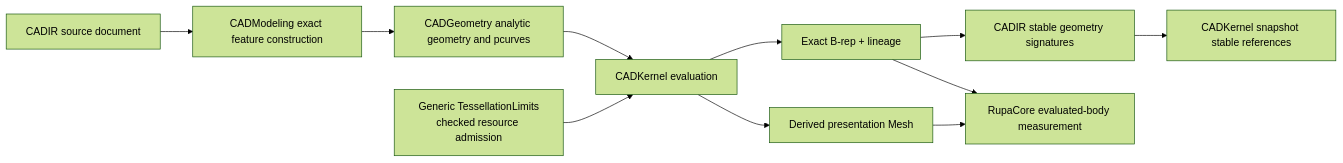
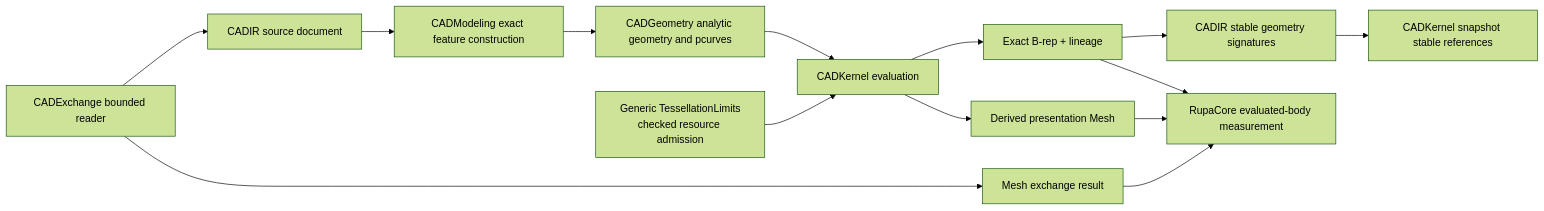
Before and after one commit to 1amageek/swift-CAD: the first of 2 diagrams in DESIGN.md, drawn with Mermaid (forest theme). The commit also changed other lines of this file and 31 other files, not shown here.

Commit message:
feat: retain exact imported geometry and bound mesh exchange

````diff
--- a/DESIGN.md
+++ b/DESIGN.md
@@ -48,13 +50,16 @@
 ```mermaid
 flowchart LR
-    Source["CADIR source document"] --> Modeling["CADModeling exact feature construction"]
+    Exchange["CADExchange bounded reader"] --> Source["CADIR source document"]
+    Source --> Modeling["CADModeling exact feature construction"]
     Modeling --> Geometry["CADGeometry analytic geometry and pcurves"]
     Geometry --> Kernel["CADKernel evaluation"]
     Kernel --> BRep["Exact B-rep + lineage"]
     Kernel --> Mesh["Derived presentation Mesh"]
     Limits["Generic TessellationLimits\nchecked resource admission"] --> Kernel
     BRep --> Signatures["CADIR stable geometry signatures"]
     Signatures --> StableRead["CADKernel snapshot stable references"]
     BRep --> RupaCore["RupaCore evaluated-body measurement"]
     Mesh --> RupaCore
+    Exchange --> MeshImport["Mesh exchange result"]
+    MeshImport --> RupaCore
 ```
````
